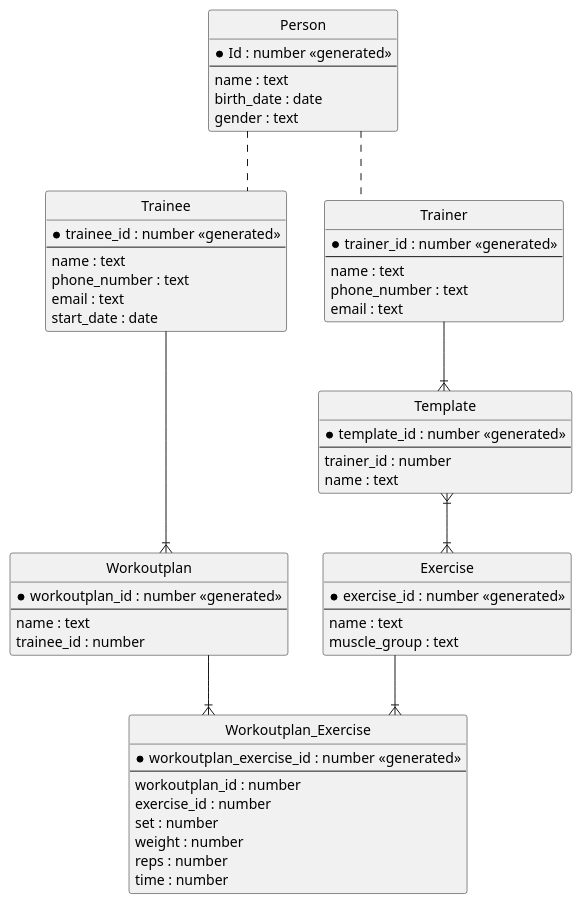
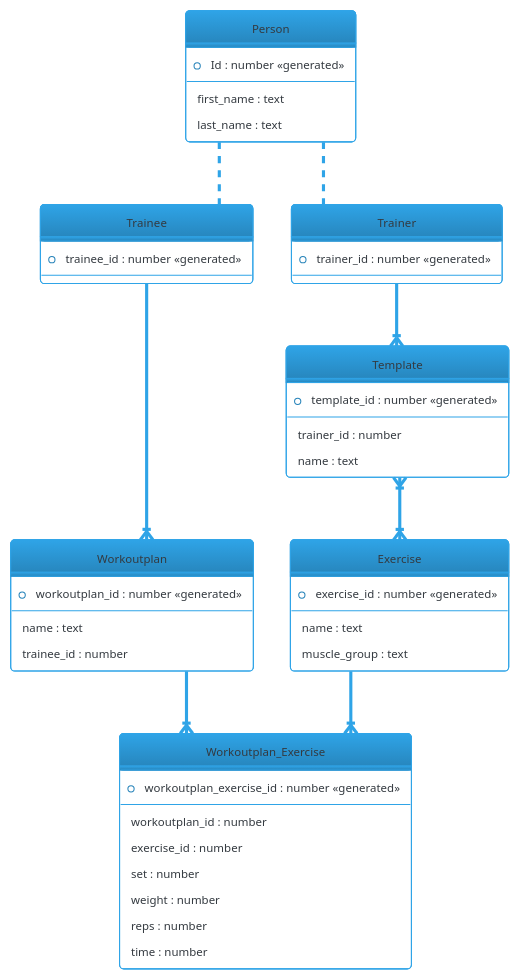
One commit to SonToni/AberGymMobile changed the diagram in Dokumente/ERD.plantuml. Above: the diagram before and after it, drawn with PlantUML. The commit also changed 21 other files, not shown here.

```diff
--- a/Dokumente/ERD.plantuml
+++ b/Dokumente/ERD.plantuml
@@ -3,76 +3,72 @@
 @startuml
+
+!theme cerulean-outline
+'!theme black-knight
+
 ' hide the spot
-hide circle
+hide circle 
 
 ' avoid problems with angled crows feet
 skinparam linetype ortho
 
 
 entity "Person" as person {
   *Id : number <<generated>>
   --
-  name : text
-  birth_date : date
-  gender : text
+  first_name : text
+  last_name : text
 }
 
 entity "Trainee" as trainee {
   *trainee_id : number <<generated>>
   --
-  name : text
-  phone_number : text
-  email : text
-  start_date : date
 }
 
 entity "Trainer" as trainer {
   *trainer_id : number <<generated>>
   --
-  name : text
-  phone_number : text
-  email : text
 }
 
 entity "Template" as template {
   *template_id : number <<generated>>
   --
   trainer_id : number
   name : text
 }
 
 entity "Exercise" as exercise {
   *exercise_id : number <<generated>>
   --
   name : text
   muscle_group : text
 }
 
 entity "Workoutplan" as w_plan {
   *workoutplan_id : number <<generated>>
   --
   name : text
   trainee_id : number
 }
 
 entity "Workoutplan_Exercise" as w_e {
   *workoutplan_exercise_id : number <<generated>>
   --
   workoutplan_id : number
   exercise_id : number
   set : number
   weight : number
   reps : number
   time : number
 }
 
 
 
 person .. trainee
 person .. trainer
 trainer --|{ template
 trainee --|{ w_plan
 template }|--|{ exercise
 w_plan --|{ w_e
 exercise --|{ w_e
 
 @enduml
```
